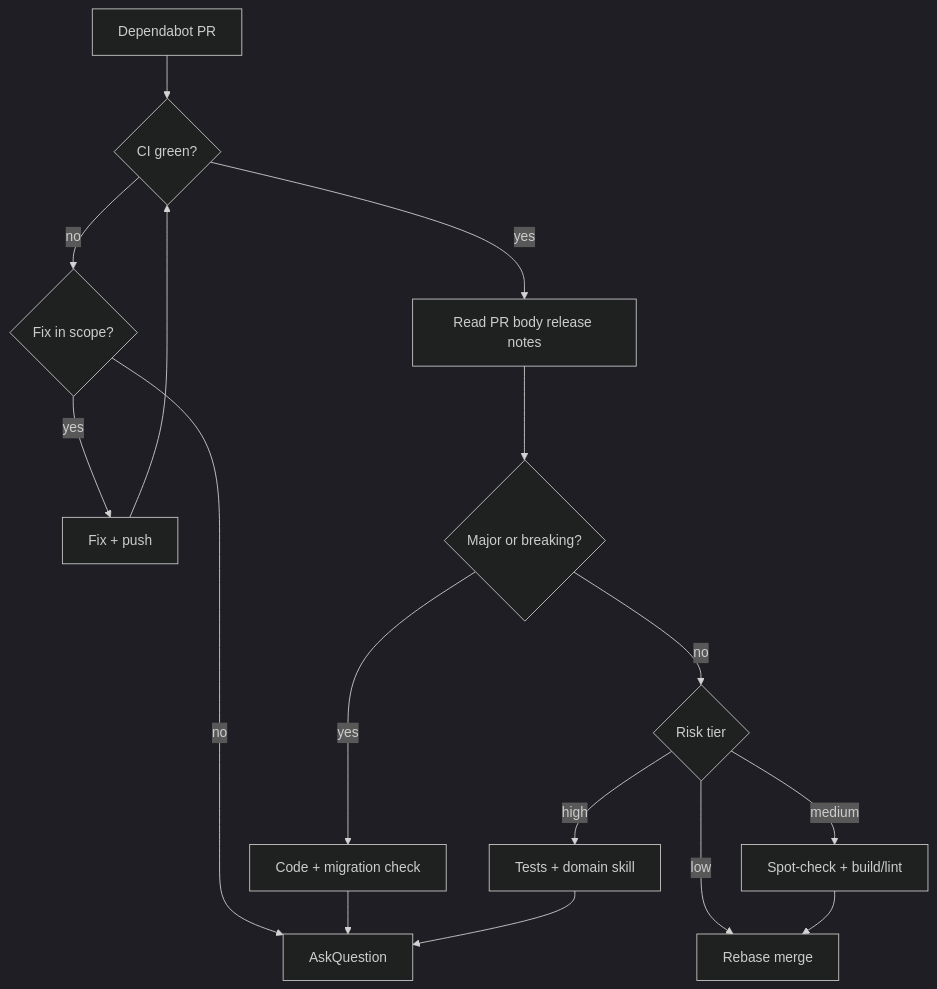
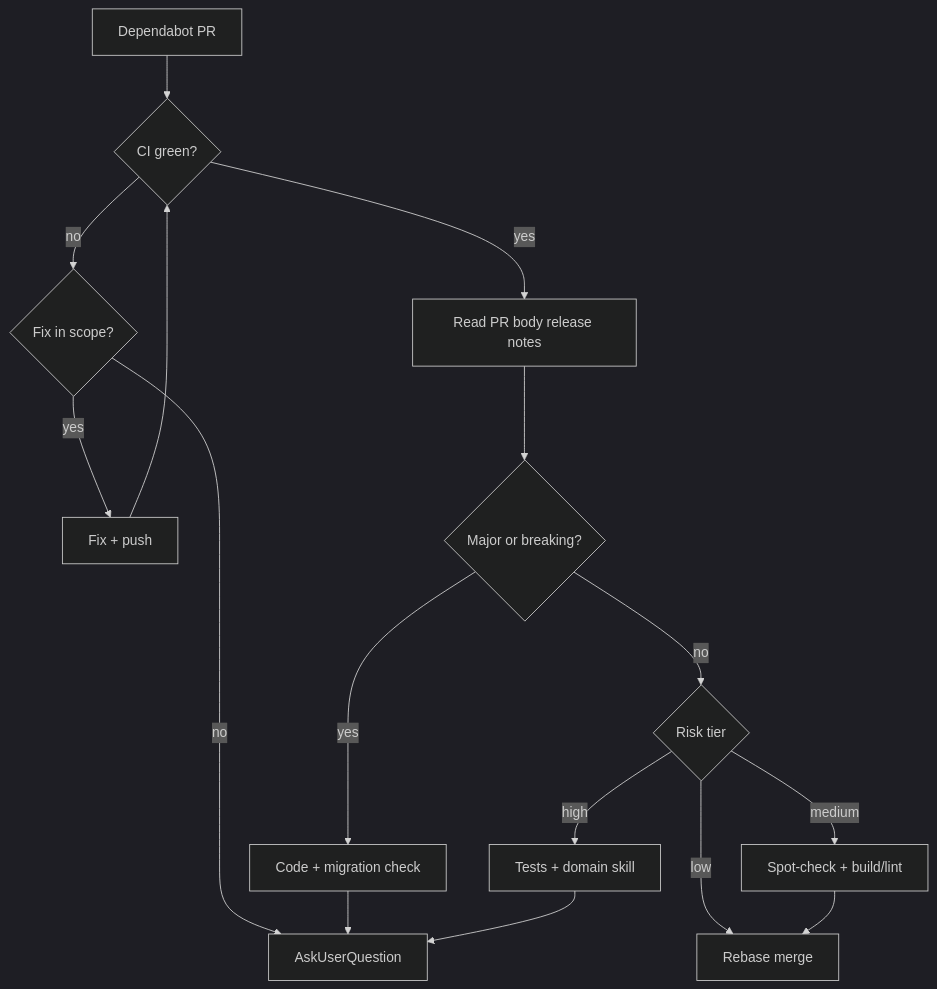
One commit to FixMyBerlin/fixmyskills changed the diagram in skills/review-dependabot/SKILL.md. Above: the diagram before and after it, drawn with Mermaid (dark theme). The commit also changed other lines of this file and 24 other files, not shown here.

````diff
--- a/skills/review-dependabot/SKILL.md
+++ b/skills/review-dependabot/SKILL.md
@@ -156,18 +156,18 @@
 ```mermaid
 flowchart TD
   start[Dependabot PR] --> ci{CI green?}
   ci -->|no| fix{Fix in scope?}
   fix -->|yes| fixCi[Fix + push]
-  fix -->|no| ask[AskQuestion]
+  fix -->|no| ask[AskUserQuestion]
   ci -->|yes| notes[Read PR body release notes]
   notes --> major{Major or breaking?}
   major -->|yes| investigate[Code + migration check]
   investigate --> ask
   major -->|no| tier{Risk tier}
   tier -->|low| merge[Rebase merge]
   tier -->|medium| local[Spot-check + build/lint]
   local --> merge
   tier -->|high| deep[Tests + domain skill]
   deep --> ask
   fixCi --> ci
 ```
````
